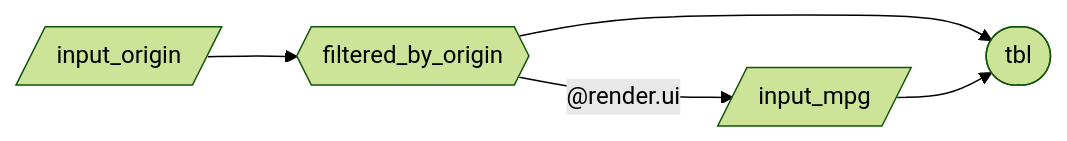
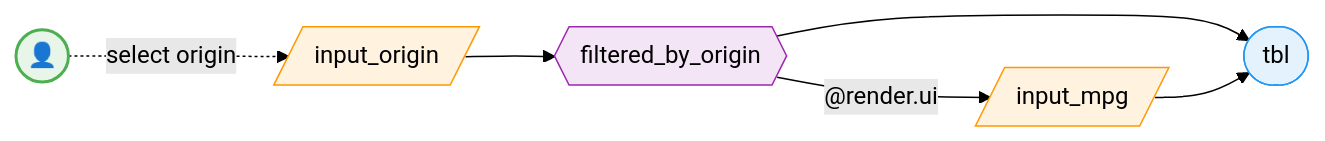
The second of 4 diagrams in slides/06b-styling.qmd (UBC-MDS/DSCI_532_vis-2_book), drawn with Mermaid (forest theme) before and after one commit. The commit also changed other lines of this file and 1 other file, not shown here.

Commit message:
06b-styling mermaid updates added user, updated styles

````diff
--- a/slides/06b-styling.qmd
+++ b/slides/06b-styling.qmd
@@ -645,7 +650,14 @@
 ```{mermaid}
 flowchart LR
+  U((👤)) -.select origin.-> A
   A[/input_origin/] --> F{{filtered_by_origin}}
   F -->|"@render.ui"| S[/input_mpg/]
   F --> T([tbl])
   S --> T
+
+  style U fill:#E8F5E9,stroke:#4CAF50,stroke-width:2px
+  style A fill:#FFF3E0,stroke:#FF9800
+  style F fill:#F3E5F5,stroke:#9C27B0
+  style S fill:#FFF3E0,stroke:#FF9800
+  style T fill:#E3F2FD,stroke:#2196F3
 ```
````
